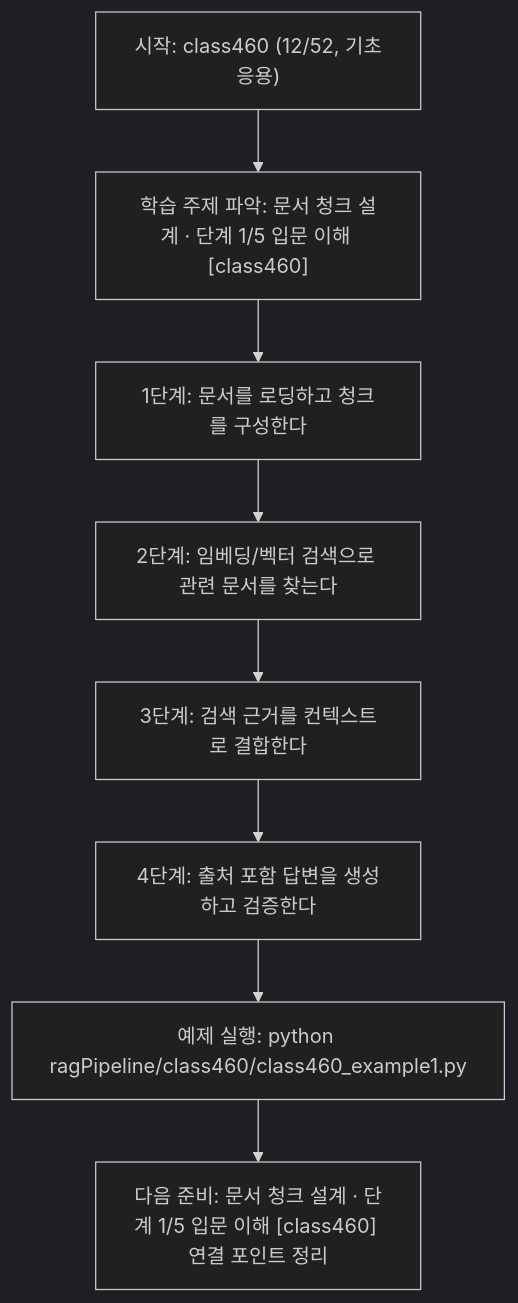
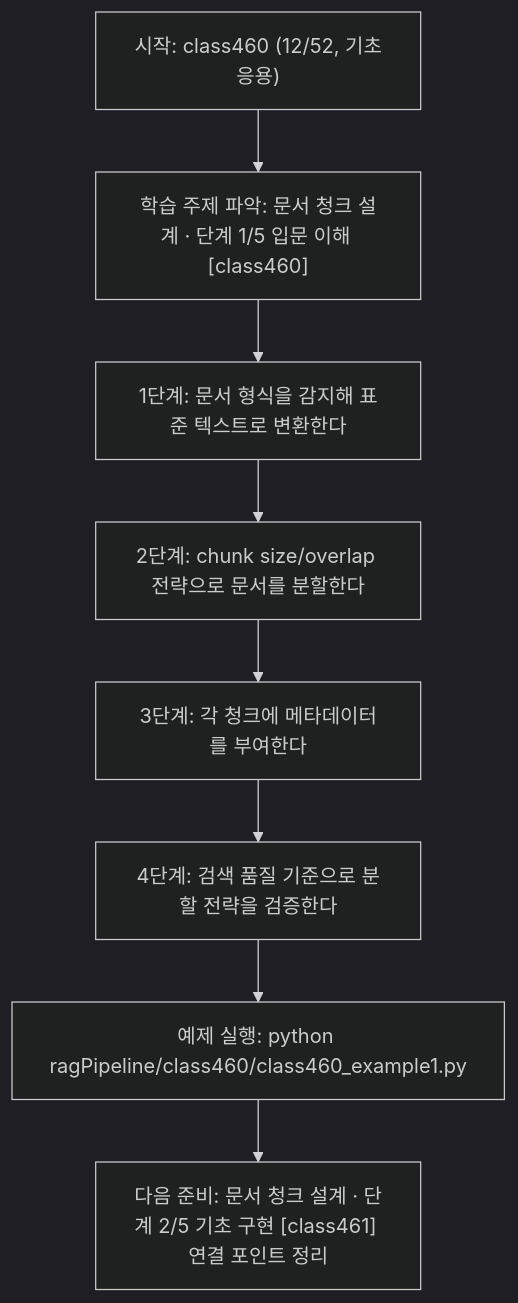
Before and after one commit to edumgt/Python-AI_Agent-Class: the diagram in ragPipeline/class460/class460.md, drawn with Mermaid (dark theme). The commit also changed other lines of this file and 367 other files, not shown here.

````diff
--- a/ragPipeline/class460/class460.md
+++ b/ragPipeline/class460/class460.md
@@ -111,18 +92,18 @@
 ```mermaid
 flowchart TD
 N1["시작: class460 (12/52, 기초응용)"]
 N2["학습 주제 파악: 문서 청크 설계 · 단계 1/5 입문 이해 [class460]"]
-N3["1단계: 문서를 로딩하고 청크를 구성한다"]
-N4["2단계: 임베딩/벡터 검색으로 관련 문서를 찾는다"]
-N5["3단계: 검색 근거를 컨텍스트로 결합한다"]
-N6["4단계: 출처 포함 답변을 생성하고 검증한다"]
+N3["1단계: 문서 형식을 감지해 표준 텍스트로 변환한다"]
+N4["2단계: chunk size/overlap 전략으로 문서를 분할한다"]
+N5["3단계: 각 청크에 메타데이터를 부여한다"]
+N6["4단계: 검색 품질 기준으로 분할 전략을 검증한다"]
 N7["예제 실행: python ragPipeline/class460/class460_example1.py"]
-N8["다음 준비: 문서 청크 설계 · 단계 1/5 입문 이해 [class460] 연결 포인트 정리"]
+N8["다음 준비: 문서 청크 설계 · 단계 2/5 기초 구현 [class461] 연결 포인트 정리"]
 N1 --> N2
 N2 --> N3
 N3 --> N4
 N4 --> N5
 N5 --> N6
 N6 --> N7
 N7 --> N8
 ```
````
